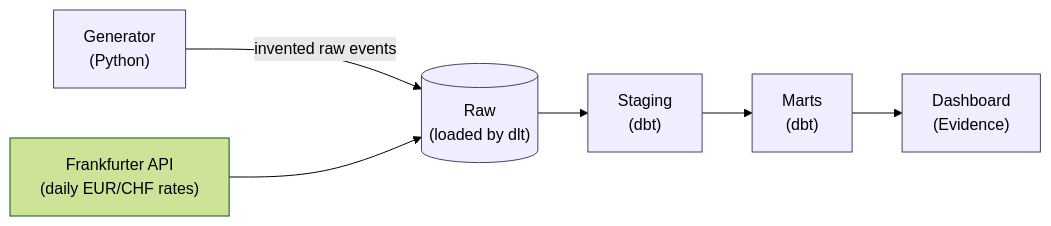
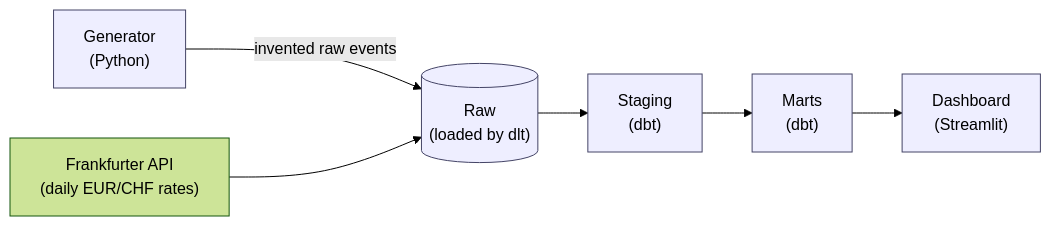
The first of 2 diagrams in README.md (gunjanmishra94/nordmarkt-warehouse), drawn with Mermaid (forest theme) before and after one commit. The commit also changed other lines of this file and 26 other files, not shown here.

First line of the commit message:
Replace the Evidence Studio dashboard with a Streamlit app, drop MotherDuck

````diff
--- a/README.md
+++ b/README.md
@@ -40,11 +40,11 @@
 ```mermaid
 flowchart LR
     G["Generator<br/>(Python)"] -->|invented raw events| R[("Raw<br/>(loaded by dlt)")]
     FX["Frankfurter API<br/>(daily EUR/CHF rates)"] --> R
     R --> S["Staging<br/>(dbt)"]
     S --> M["Marts<br/>(dbt)"]
-    M --> Dash["Dashboard<br/>(Evidence)"]
+    M --> Dash["Dashboard<br/>(Streamlit)"]
 
     classDef stage fill:#eef,stroke:#446,stroke-width:1px;
     class G,R,S,M,Dash stage;
 ```
````
